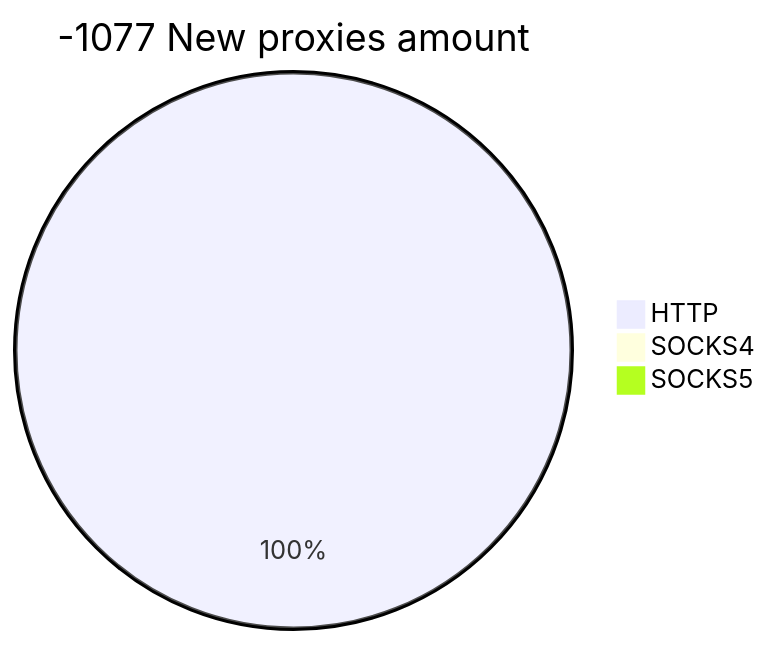
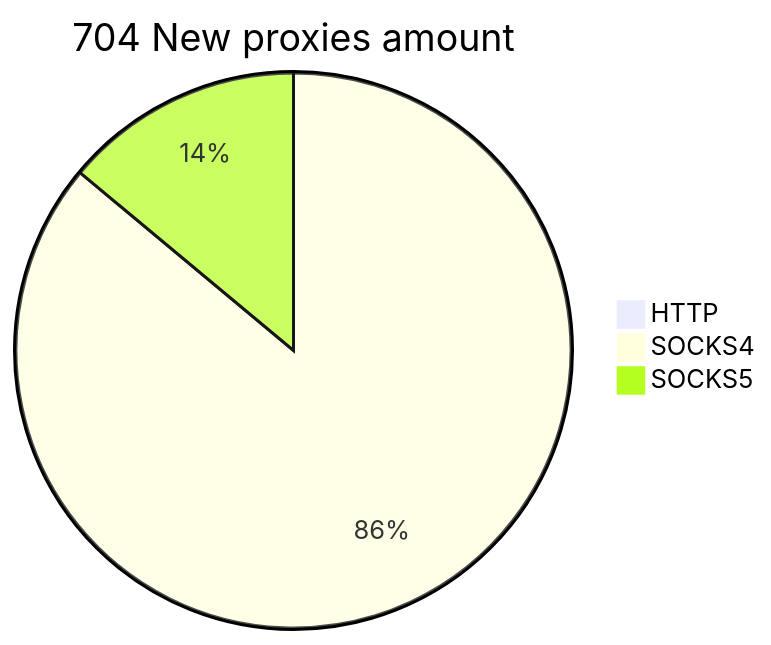
One commit to cutipu/proxylist changed the second of 2 diagrams in README.md. Above: the diagram before and after it, drawn with Mermaid. The commit also changed other lines of this file, not shown here.

````diff
--- a/README.md
+++ b/README.md
@@ -10,6 +10,6 @@
 ```mermaid
-pie title -1077 New proxies amount
-    "HTTP" : 22
-    "SOCKS4" : 0
-    "SOCKS5" : 0
+pie title 704 New proxies amount
+    "HTTP" : 0
+    "SOCKS4" : 827
+    "SOCKS5" : 134
 ```
````
